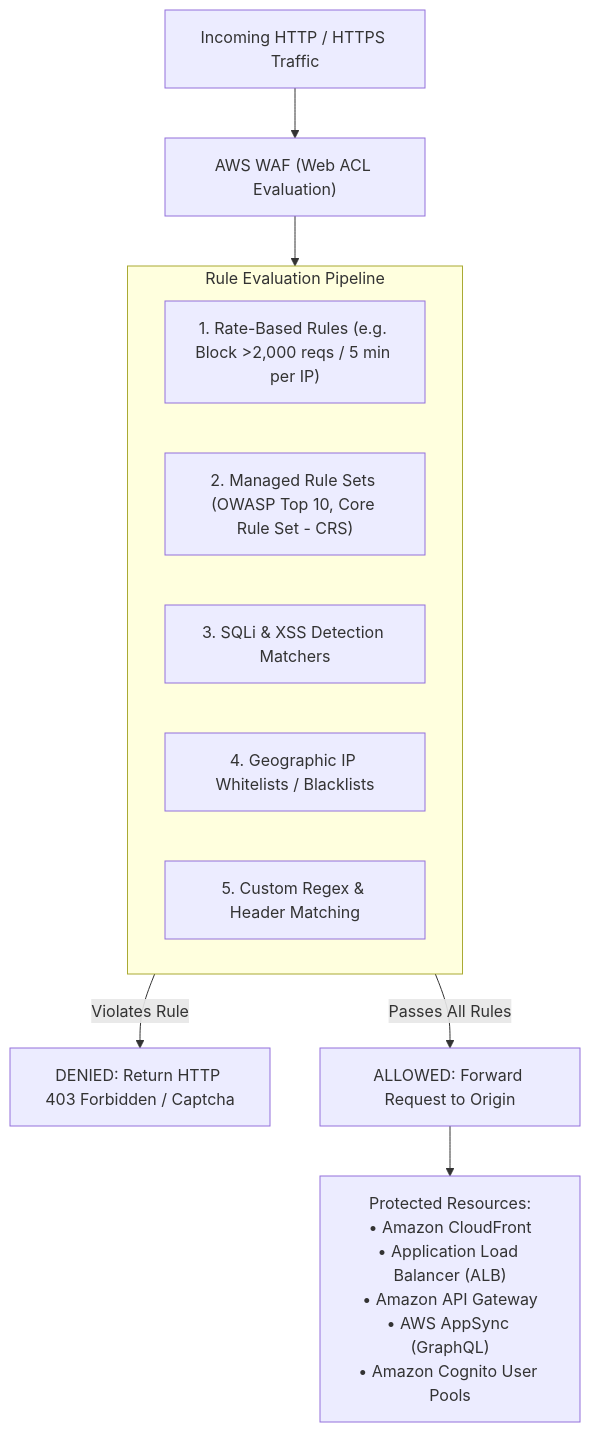
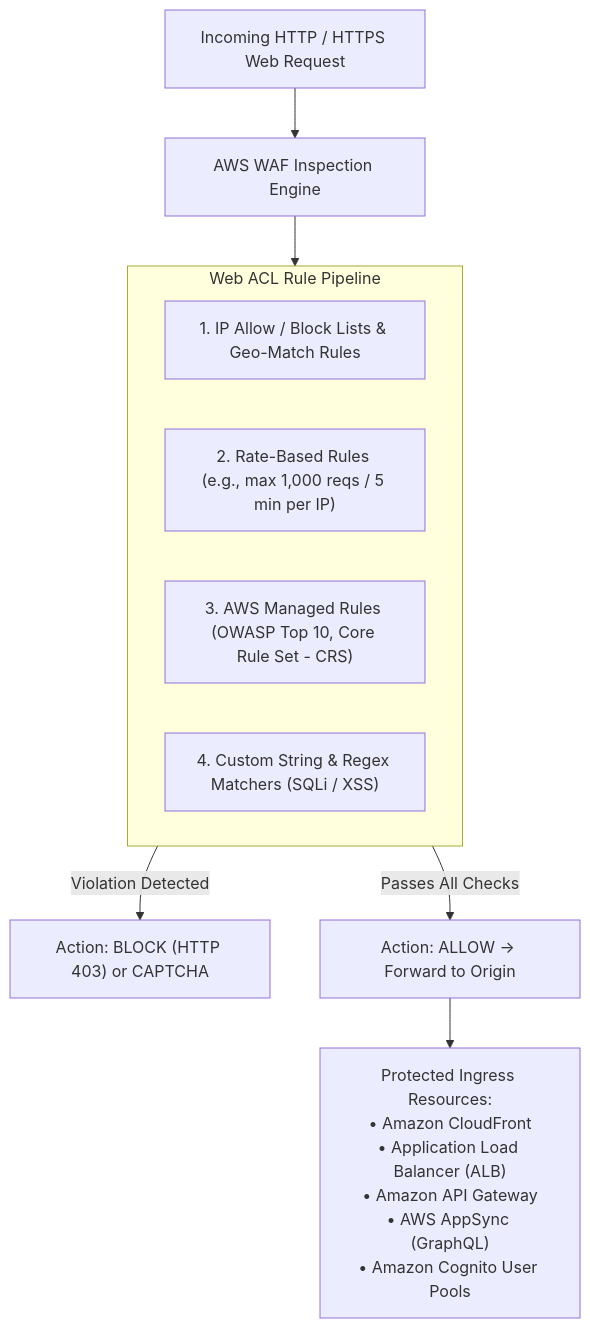
Before and after one commit to fakhruldeen/AWS: the third of 4 diagrams in Cloud/Practitioner/CLF-C02/06_Explanations/02_Security_and_Compliance/Shield_and_WAF.md, drawn with Mermaid. The commit also changed other lines of this file and 18 other files, not shown here.

````diff
--- a/Cloud/Practitioner/CLF-C02/06_Explanations/02_Security_and_Compliance/Shield_and_WAF.md
+++ b/Cloud/Practitioner/CLF-C02/06_Explanations/02_Security_and_Compliance/Shield_and_WAF.md
@@ -25,18 +101,17 @@
 ```mermaid
 flowchart TD
-    User["Incoming HTTP / HTTPS Traffic"] --> WAF["AWS WAF (Web ACL Evaluation)"]
+    Req["Incoming HTTP / HTTPS Web Request"] --> WAF["AWS WAF Inspection Engine"]
     
-    subgraph RuleEvaluation ["Rule Evaluation Pipeline"]
-        R1["1. Rate-Based Rules (e.g. Block >2,000 reqs / 5 min per IP)"]
-        R2["2. Managed Rule Sets (OWASP Top 10, Core Rule Set - CRS)"]
-        R3["3. SQLi & XSS Detection Matchers"]
-        R4["4. Geographic IP Whitelists / Blacklists"]
-        R5["5. Custom Regex & Header Matching"]
+    subgraph WAF_Engine ["Web ACL Rule Pipeline"]
+        R1["1. IP Allow / Block Lists & Geo-Match Rules"]
+        R2["2. Rate-Based Rules (e.g., max 1,000 reqs / 5 min per IP)"]
+        R3["3. AWS Managed Rules (OWASP Top 10, Core Rule Set - CRS)"]
+        R4["4. Custom String & Regex Matchers (SQLi / XSS)"]
     end
-
-    WAF --> RuleEvaluation
-    RuleEvaluation -->|Violates Rule| Blocked["DENIED: Return HTTP 403 Forbidden / Captcha"]
-    RuleEvaluation -->|Passes All Rules| Allowed["ALLOWED: Forward Request to Origin"]
-
-    Allowed --> Targets["Protected Resources:\n• Amazon CloudFront\n• Application Load Balancer (ALB)\n• Amazon API Gateway\n• AWS AppSync (GraphQL)\n• Amazon Cognito User Pools"]
+    
+    WAF --> WAF_Engine
+    WAF_Engine -->|Violation Detected| Block["Action: BLOCK (HTTP 403) or CAPTCHA"]
+    WAF_Engine -->|Passes All Checks| Forward["Action: ALLOW -> Forward to Origin"]
+    
+    Forward --> Targets["Protected Ingress Resources:<br/>• Amazon CloudFront<br/>• Application Load Balancer (ALB)<br/>• Amazon API Gateway<br/>• AWS AppSync (GraphQL)<br/>• Amazon Cognito User Pools"]
 ```
````
